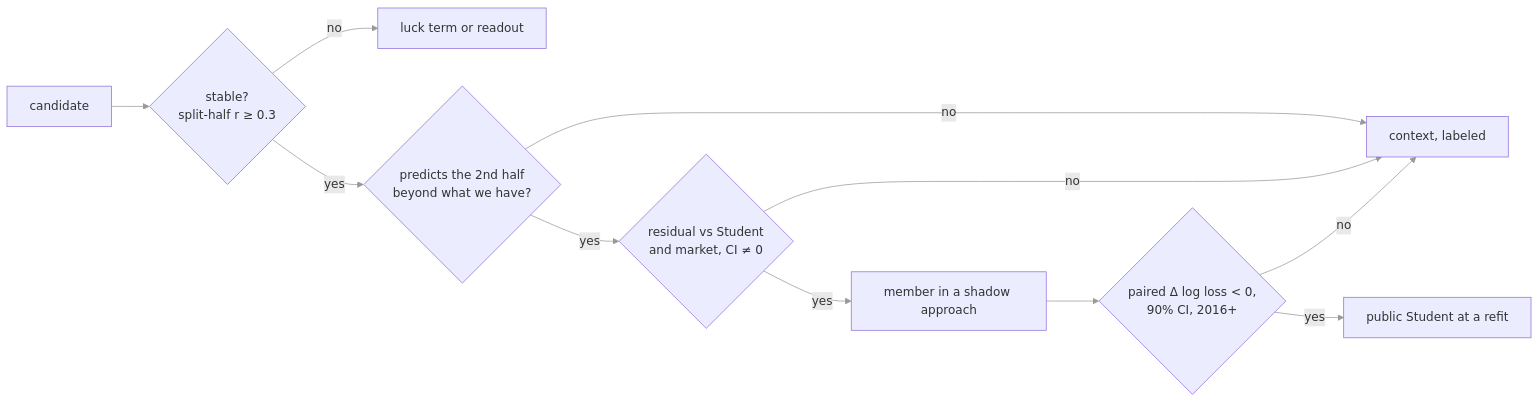
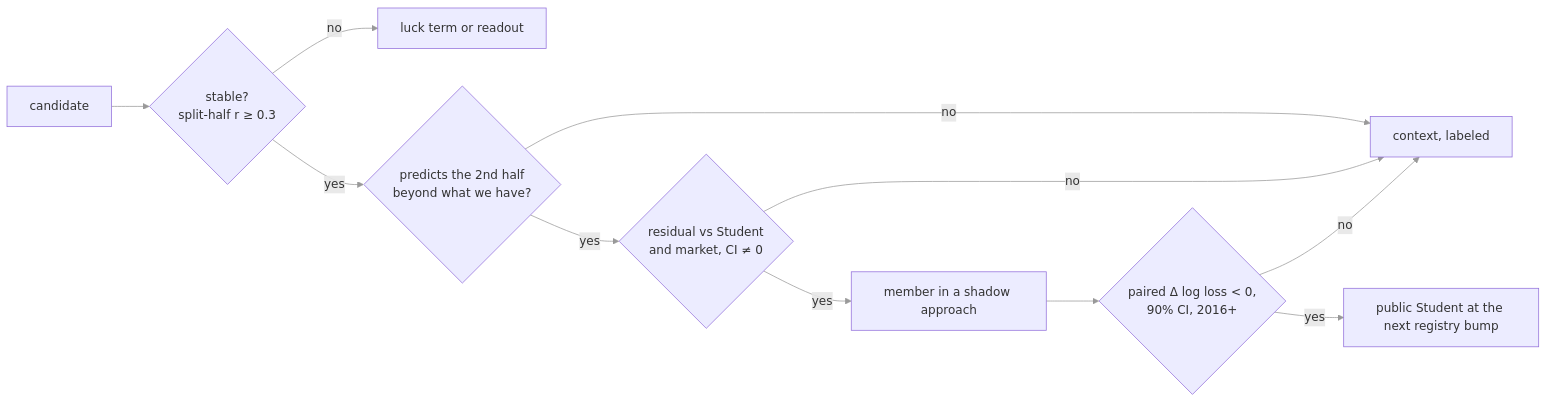
The third of 7 diagrams in docs/architecture.md (austin-chemelli/nfl-project), drawn with Mermaid before and after one commit. The commit also changed other lines of this file and 60 other files, not shown here.

First line of the commit message:
Model wave 3: one Student, neutral sites level, registry v7, the ledger's shadow gate (ADR 0031)

````diff
--- a/docs/architecture.md
+++ b/docs/architecture.md
@@ -240,14 +242,14 @@
 ```mermaid
 %%{init: {'themeVariables': {'signalColor': '#999', 'signalTextColor': '#999', 'lineColor': '#999'}}}%%
 flowchart LR
     C[candidate] --> S{stable?<br/>split-half r ≥ 0.3}
     S -- no --> L[luck term or readout]
     S -- yes --> F{predicts the 2nd half<br/>beyond what we have?}
     F -- no --> X[context, labeled]
     F -- yes --> R{residual vs Student<br/>and market, CI ≠ 0}
     R -- no --> X
     R -- yes --> M[member in a shadow approach]
     M --> G{paired Δ log loss < 0,<br/>90% CI, 2016+}
-    G -- yes --> P[public Student at a refit]
+    G -- yes --> P[public Student at the next registry bump]
     G -- no --> X
 ```
````
